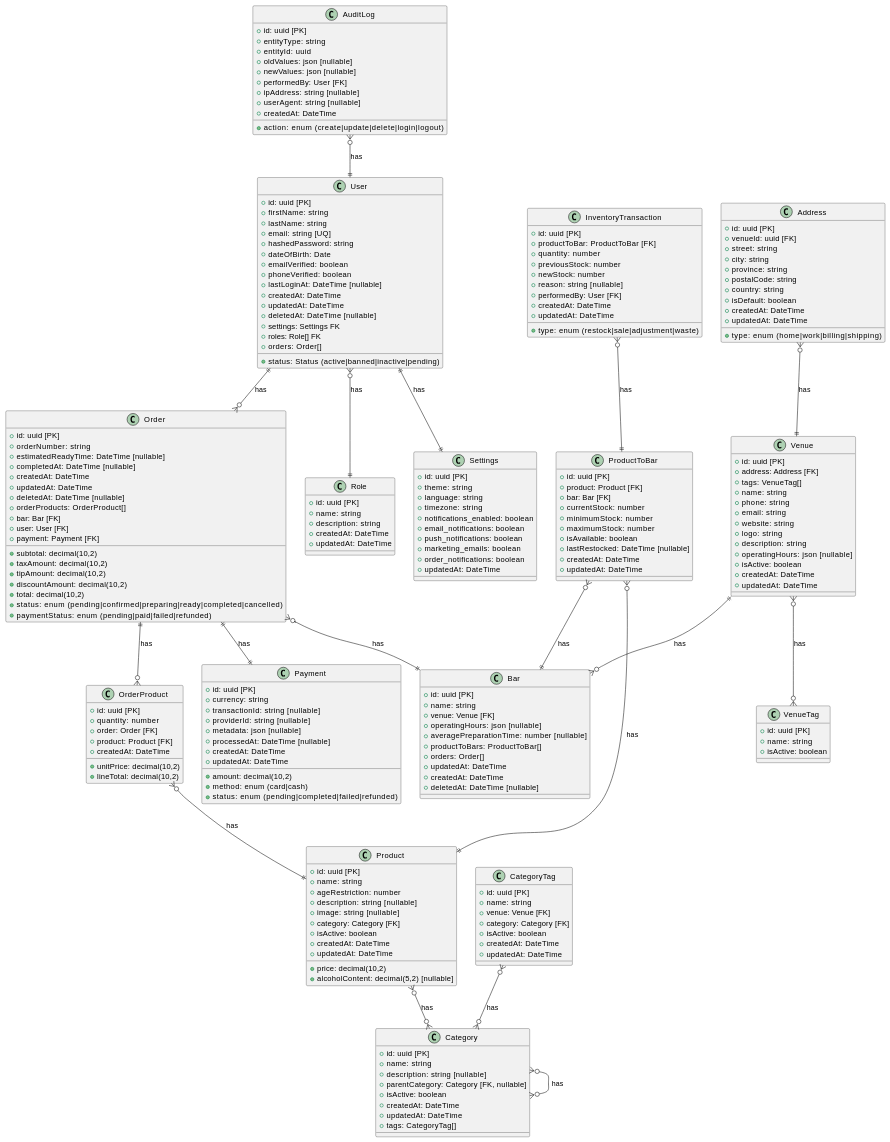
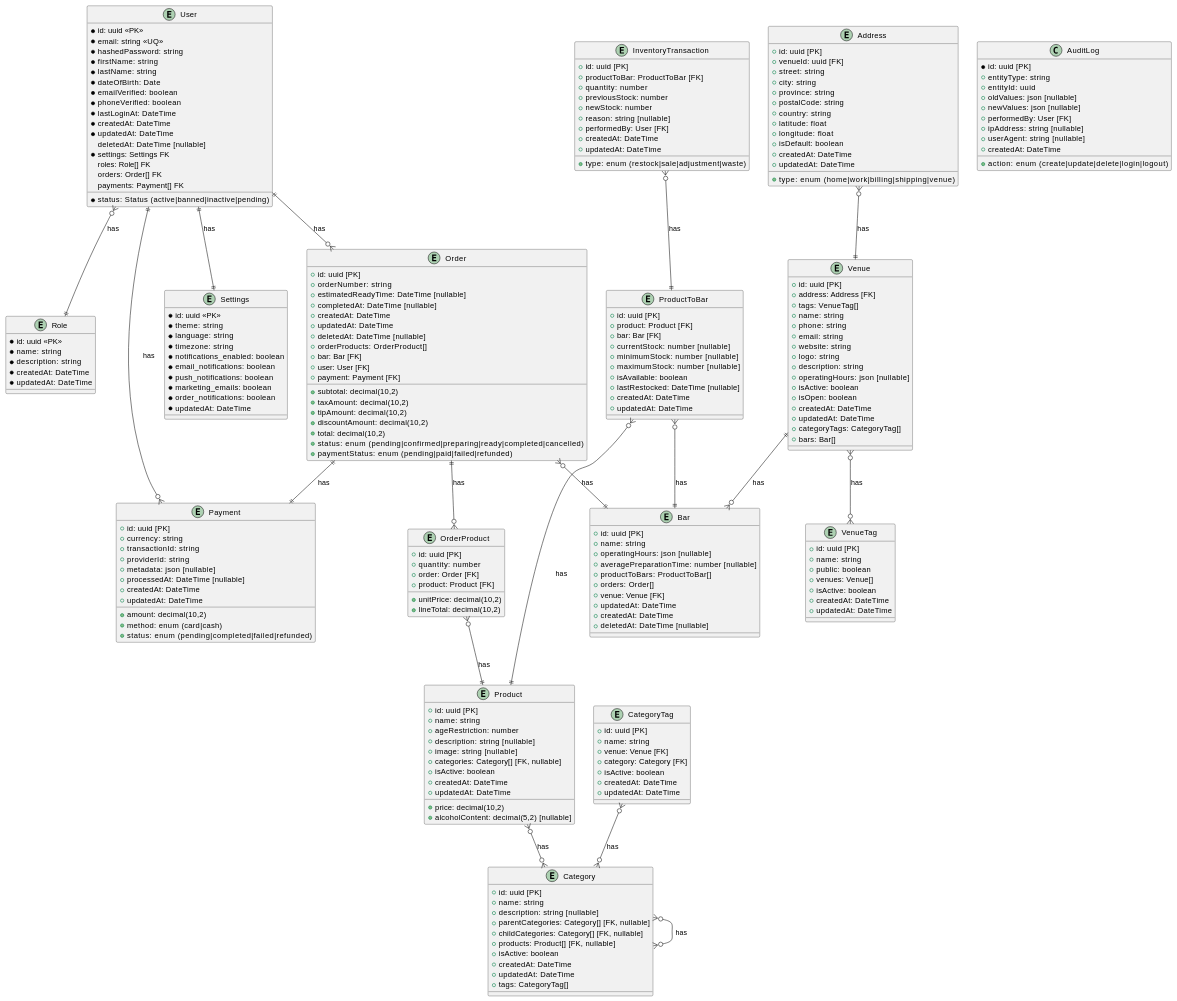
The diagram in backend/ERD.md (robinoosterik2/FastBar), drawn with PlantUML before and after one commit. The commit also changed 57 other files, not shown here.

````diff
--- a/backend/ERD.md
+++ b/backend/ERD.md
@@ -1,51 +1,48 @@
 ```plantuml
 @startuml
 
-' User Entity
-class User {
-  + id: uuid [PK]
-  + firstName: string
-  + lastName: string
-  + email: string [UQ]
-  + hashedPassword: string
-  + dateOfBirth: Date
-  + status: Status (active|banned|inactive|pending)
-  + emailVerified: boolean
-  + phoneVerified: boolean
-  + lastLoginAt: DateTime [nullable]
-  + createdAt: DateTime
-  + updatedAt: DateTime
-  + deletedAt: DateTime [nullable]
-  + settings: Settings FK
-  + roles: Role[] FK
-  + orders: Order[]
+entity User {
+  *id: uuid <<PK>>
+  *email: string <<UQ>>
+  *hashedPassword: string
+  *firstName: string
+  *lastName: string
+  *dateOfBirth: Date
+  *status: Status (active|banned|inactive|pending)
+  *emailVerified: boolean
+  *phoneVerified: boolean
+  *lastLoginAt: DateTime
+  *createdAt: DateTime
+  *updatedAt: DateTime
+  deletedAt: DateTime [nullable]
+  *settings: Settings FK
+  roles: Role[] FK
+  orders: Order[] FK
+  payments: Payment[] FK
 }
 
-' Settings Entity
-class Settings {
-  + id: uuid [PK]
-  + theme: string
-  + language: string
-  + timezone: string
-  + notifications_enabled: boolean
-  + email_notifications: boolean
-  + push_notifications: boolean
-  + marketing_emails: boolean
-  + order_notifications: boolean
-  + updatedAt: DateTime
+entity Settings {
+  *id: uuid <<PK>>
+  *theme: string
+  *language: string
+  *timezone: string
+  *notifications_enabled: boolean
+  *email_notifications: boolean
+  *push_notifications: boolean
+  *marketing_emails: boolean
+  *order_notifications: boolean
+  *updatedAt: DateTime
 }
 
-' Role Entity
-class Role {
-  + id: uuid [PK]
-  + name: string
-  + description: string
-  + createdAt: DateTime
-  + updatedAt: DateTime
+entity Role {
+  *id: uuid <<PK>>
+  *name: string
+  *description: string
+  *createdAt: DateTime
+  *updatedAt: DateTime
 }
 
-' Address Entity
-class Address {
+entity Address {
   + id: uuid [PK]
   + venueId: uuid [FK]
   + street: string
@@ -53,14 +50,15 @@
   + province: string
   + postalCode: string
   + country: string
-  + type: enum (home|work|billing|shipping)
+  + latitude: float
+  + longitude: float
+  + type: enum (home|work|billing|shipping|venue)
   + isDefault: boolean
   + createdAt: DateTime
   + updatedAt: DateTime
 }
 
-' Venue Entity
-class Venue {
+entity Venue {
   + id: uuid [PK]
   + address: Address [FK]
   + tags: VenueTag[]
@@ -72,60 +70,63 @@
   + description: string
   + operatingHours: json [nullable]
   + isActive: boolean
+  + isOpen: boolean
   + createdAt: DateTime
   + updatedAt: DateTime
+  + categoryTags: CategoryTag[]
+  + bars: Bar[]
 }
 
-class ProductToBar {
+entity ProductToBar {
   + id: uuid [PK]
   + product: Product [FK]
   + bar: Bar [FK]
-  + currentStock: number
-  + minimumStock: number
-  + maximumStock: number
+  + currentStock: number [nullable]
+  + minimumStock: number [nullable]
+  + maximumStock: number [nullable]
   + isAvailable: boolean
   + lastRestocked: DateTime [nullable]
   + createdAt: DateTime
   + updatedAt: DateTime
 }
 
-class Product {
+entity Product {
   + id: uuid [PK]
   + name: string
   + price: decimal(10,2)
   + ageRestriction: number
   + description: string [nullable]
   + image: string [nullable]
-  + category: Category [FK]
+  + categories: Category[] [FK, nullable]
   + isActive: boolean
   + alcoholContent: decimal(5,2) [nullable]
   + createdAt: DateTime
   + updatedAt: DateTime
 }
 
-' Category Entity
-class Category {
+entity Category {
   + id: uuid [PK]
   + name: string
   + description: string [nullable]
-  + parentCategory: Category [FK, nullable]
+  + parentCategories: Category[] [FK, nullable]
+  + childCategories: Category[] [FK, nullable]
+  + products: Product[] [FK, nullable]
   + isActive: boolean
   + createdAt: DateTime
   + updatedAt: DateTime
   + tags: CategoryTag[]
 }
 
-class OrderProduct {
+entity OrderProduct {
   + id: uuid [PK]
   + quantity: number
   + unitPrice: decimal(10,2)
   + lineTotal: decimal(10,2)
   + order: Order [FK]
   + product: Product [FK]
-  + createdAt: DateTime
 }
 
-class Order {
+entity Order {
   + id: uuid [PK]
   + orderNumber: string
   + subtotal: decimal(10,2)
@@ -146,36 +147,34 @@
   + payment: Payment [FK]
 }
 
-' Payment Entity
-class Payment {
+entity Payment {
   + id: uuid [PK]
   + amount: decimal(10,2)
   + currency: string
   + method: enum (card|cash)
   + status: enum (pending|completed|failed|refunded)
-  + transactionId: string [nullable]
-  + providerId: string [nullable]
+  + transactionId: string
+  + providerId: string
   + metadata: json [nullable]
   + processedAt: DateTime [nullable]
   + createdAt: DateTime
   + updatedAt: DateTime
 }
 
-class Bar {
+entity Bar {
   + id: uuid [PK]
   + name: string
-  + venue: Venue [FK]
   + operatingHours: json [nullable]
   + averagePreparationTime: number [nullable]
   + productToBars: ProductToBar[]
   + orders: Order[]
+  + venue: Venue [FK]
   + updatedAt: DateTime
   + createdAt: DateTime
   + deletedAt: DateTime [nullable]
 }
 
-' Inventory Transaction Entity
-class InventoryTransaction {
+entity InventoryTransaction {
   + id: uuid [PK]
   + productToBar: ProductToBar [FK]
   + type: enum (restock|sale|adjustment|waste)
@@ -188,9 +187,8 @@
   + updatedAt: DateTime
 }
 
-' Audit Log Entity
 class AuditLog {
-  + id: uuid [PK]
+  *id: uuid [PK]
   + entityType: string
   + entityId: uuid
   + action: enum (create|update|delete|login|logout)
@@ -202,8 +200,7 @@
   + createdAt: DateTime
 }
 
-' Category Tag Entity
-class CategoryTag {
+entity CategoryTag {
   + id: uuid [PK]
   + name: string
   + venue: Venue [FK]
@@ -213,13 +210,16 @@
   + updatedAt: DateTime
 }
 
-class VenueTag {
+entity VenueTag {
   + id: uuid [PK]
   + name: string
+  + public: boolean
+  + venues: Venue[]
   + isActive: boolean
+  + createdAt: DateTime
+  + updatedAt: DateTime
 }
 
-' Relationships
 User }o--|| Role : has
 User ||--|| Settings : has
 User ||--o{ Order : has
@@ -231,7 +231,7 @@
 OrderProduct }o--|| Product : has
 Order ||--|| Payment : has
 InventoryTransaction }o--|| ProductToBar : has
-AuditLog }o--|| User : has
+Payment }o--|| User : has
 Address }o--|| Venue : has
 Product }o--o{ Category : has
 Category }o--o{ Category : has
````
